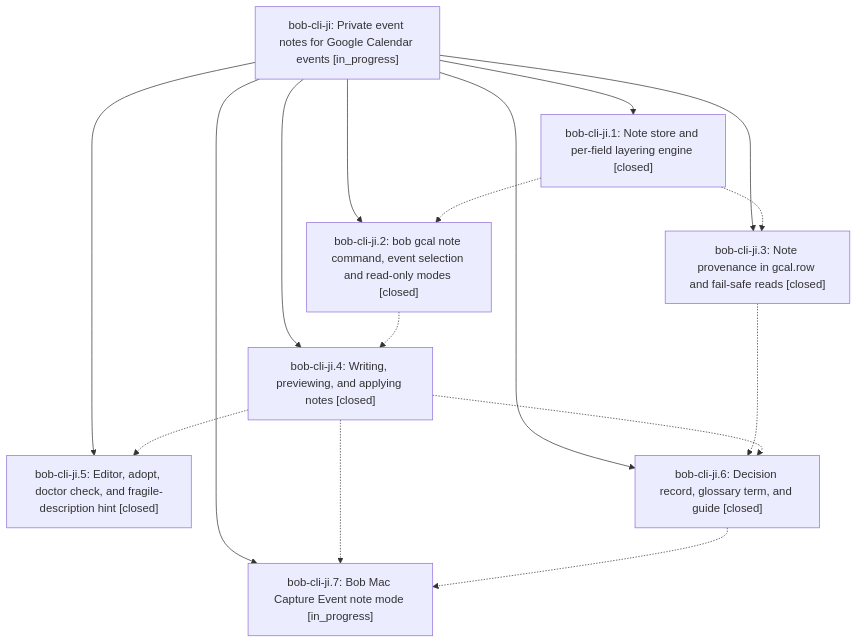
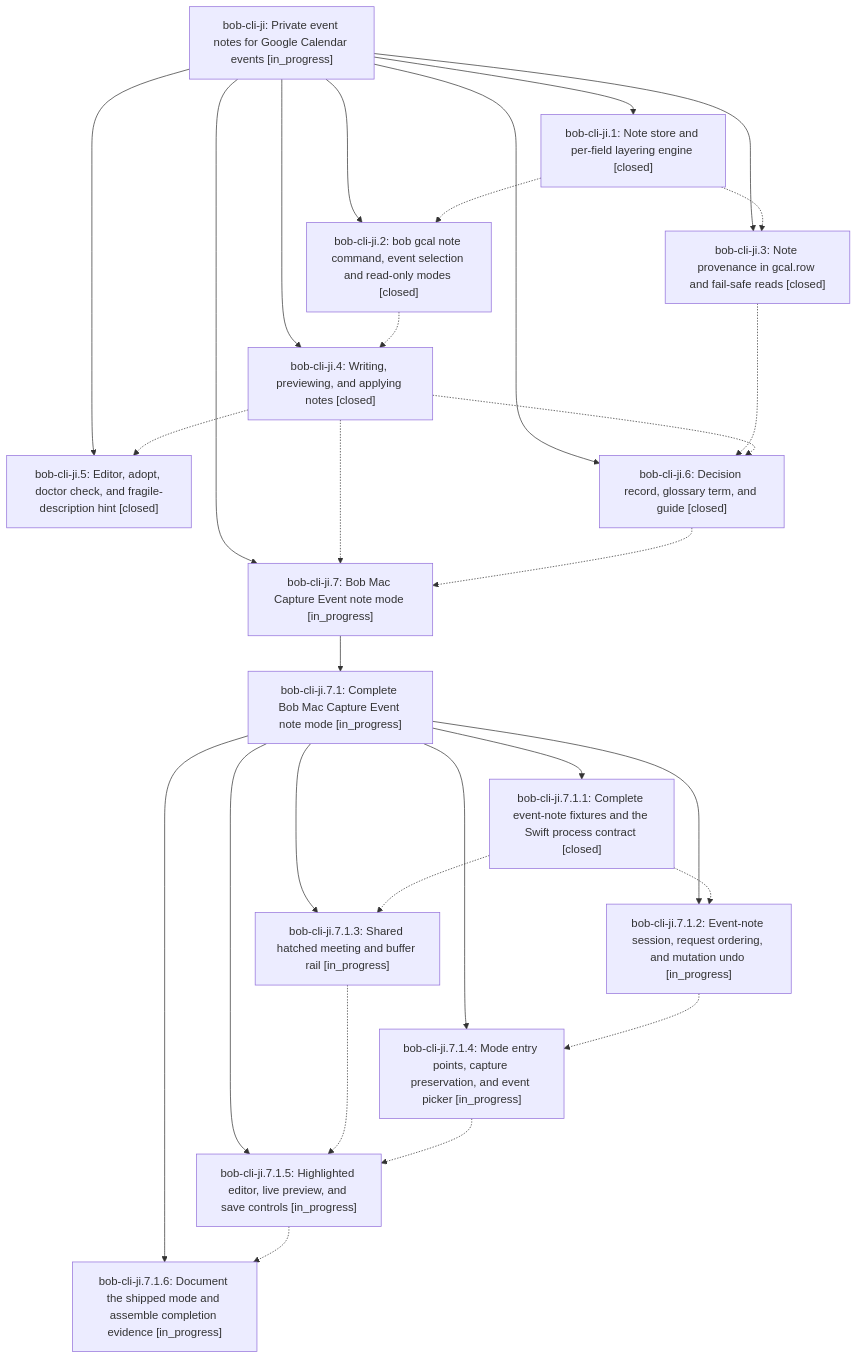
Before and after one commit to bobs-org/bob-cli--beads: the diagram in pages/bob-cli-ji/README.md, drawn with Mermaid. The commit also changed other lines of this file and 10 other files, not shown here.

First line of the commit message:
chore(beads): sync bead state and pages for bob-cli-ji

````diff
--- a/pages/bob-cli-ji/README.md
+++ b/pages/bob-cli-ji/README.md
@@ -42,26 +42,46 @@
 ```mermaid
 flowchart TD
     n0["bob-cli-ji: Private event notes for Google Calendar events [in_progress]"]
     n1["bob-cli-ji.1: Note store and per-field layering engine [closed]"]
     n2["bob-cli-ji.2: bob gcal note command, event selection and read-only modes [closed]"]
     n3["bob-cli-ji.3: Note provenance in gcal.row and fail-safe reads [closed]"]
     n4["bob-cli-ji.4: Writing, previewing, and applying notes [closed]"]
     n5["bob-cli-ji.5: Editor, adopt, doctor check, and fragile-description hint [closed]"]
     n6["bob-cli-ji.6: Decision record, glossary term, and guide [closed]"]
     n7["bob-cli-ji.7: Bob Mac Capture Event note mode [in_progress]"]
+    n8["bob-cli-ji.7.1: Complete Bob Mac Capture Event note mode [in_progress]"]
+    n9["bob-cli-ji.7.1.1: Complete event-note fixtures and the Swift process contract [closed]"]
+    n10["bob-cli-ji.7.1.2: Event-note session, request ordering, and mutation undo [in_progress]"]
+    n11["bob-cli-ji.7.1.3: Shared hatched meeting and buffer rail [in_progress]"]
+    n12["bob-cli-ji.7.1.4: Mode entry points, capture preservation, and event picker [in_progress]"]
+    n13["bob-cli-ji.7.1.5: Highlighted editor, live preview, and save controls [in_progress]"]
+    n14["bob-cli-ji.7.1.6: Document the shipped mode and assemble completion evidence [in_progress]"]
     n0 --> n1
     n0 --> n2
     n0 --> n3
     n0 --> n4
     n0 --> n5
     n0 --> n6
     n0 --> n7
+    n7 --> n8
+    n8 --> n9
+    n8 --> n10
+    n8 --> n11
+    n8 --> n12
+    n8 --> n13
+    n8 --> n14
     n1 -.-> n2
     n1 -.-> n3
     n2 -.-> n4
     n3 -.-> n6
     n4 -.-> n5
     n4 -.-> n6
     n4 -.-> n7
     n6 -.-> n7
+    n9 -.-> n10
+    n9 -.-> n11
+    n10 -.-> n12
+    n11 -.-> n13
+    n12 -.-> n13
+    n13 -.-> n14
 ```
````
